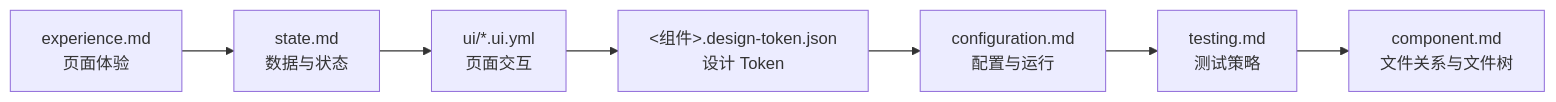
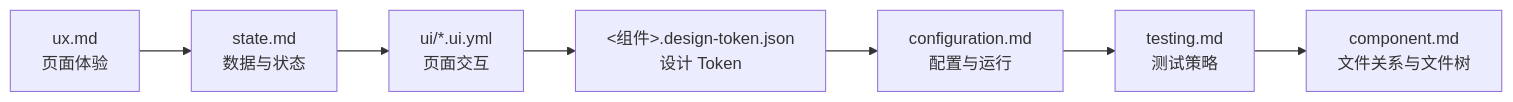
Before and after one commit to swainle/workflows: the diagram in templates/frontend-design.template.md, drawn with Mermaid. The commit also changed other lines of this file and 2 other files, not shown here.

Commit message:
rename frontend experience spec to ux

````diff
--- a/templates/frontend-design.template.md
+++ b/templates/frontend-design.template.md
@@ -13,9 +13,9 @@
 ```mermaid
 flowchart LR
-    experience["experience.md<br/>页面体验"] --> state["state.md<br/>数据与状态"]
+    ux["ux.md<br/>页面体验"] --> state["state.md<br/>数据与状态"]
     state --> ui["ui/*.ui.yml<br/>页面交互"]
     ui --> tokens["<组件>.design-token.json<br/>设计 Token"]
     tokens --> configuration["configuration.md<br/>配置与运行"]
     configuration --> testing["testing.md<br/>测试策略"]
     testing --> component["component.md<br/>文件关系与文件树"]
 ```
````
